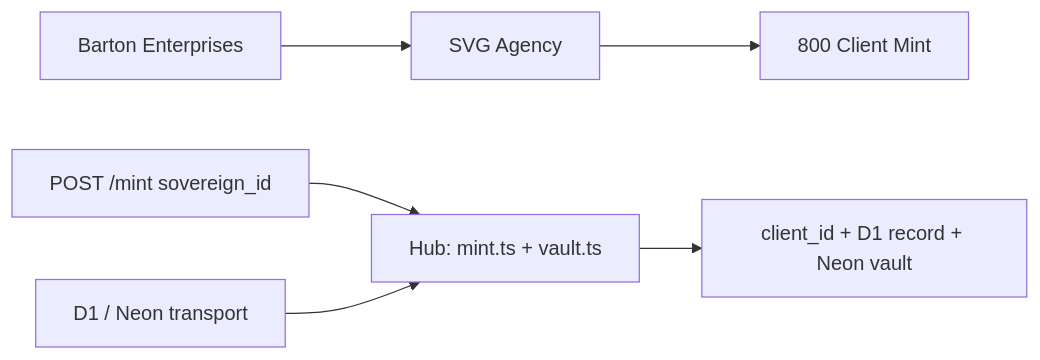
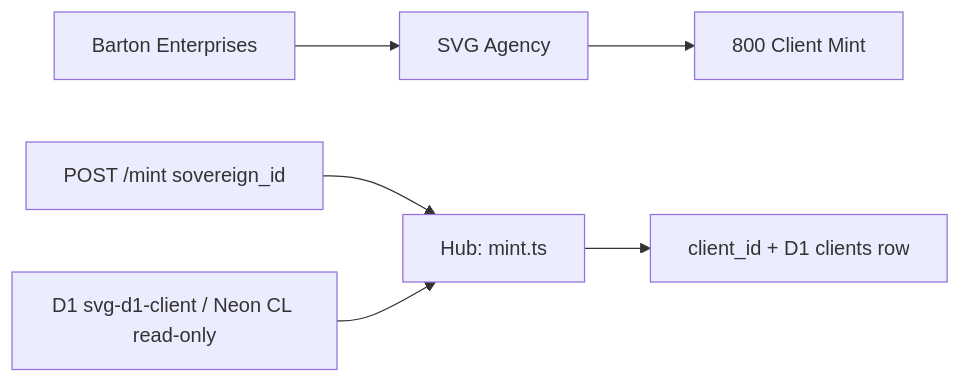
Before and after one commit to djb258/Barton-Processes: the first of 2 diagrams in factory/cl/800-client-mint/PROCESS-UT.md, drawn with Mermaid. The commit also changed other lines of this file and 7 other files, not shown here.

First line of the commit message:
BAR-800 — bp.800 Client Mint single-tier model adoption (OPERATE)

````diff
--- a/factory/cl/800-client-mint/PROCESS-UT.md
+++ b/factory/cl/800-client-mint/PROCESS-UT.md
@@ -84,8 +84,8 @@
 ```mermaid
 flowchart LR
   TRUNK[Barton Enterprises] --> BRANCH[SVG Agency]
   BRANCH --> LEAF[800 Client Mint]
-  RIM_IN[POST /mint sovereign_id] --> HUB[Hub: mint.ts + vault.ts]
-  HUB --> RIM_OUT[client_id + D1 record + Neon vault]
-  SPOKE[D1 / Neon transport] --> HUB
+  RIM_IN[POST /mint sovereign_id] --> HUB[Hub: mint.ts]
+  HUB --> RIM_OUT[client_id + D1 clients row]
+  SPOKE[D1 svg-d1-client / Neon CL read-only] --> HUB
 ```
````
